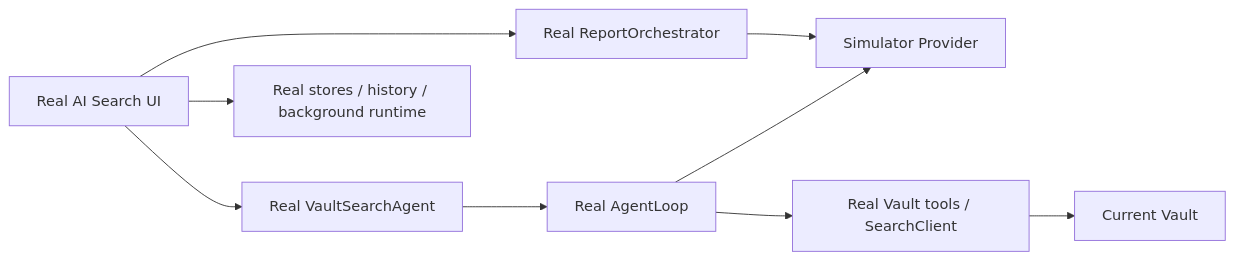
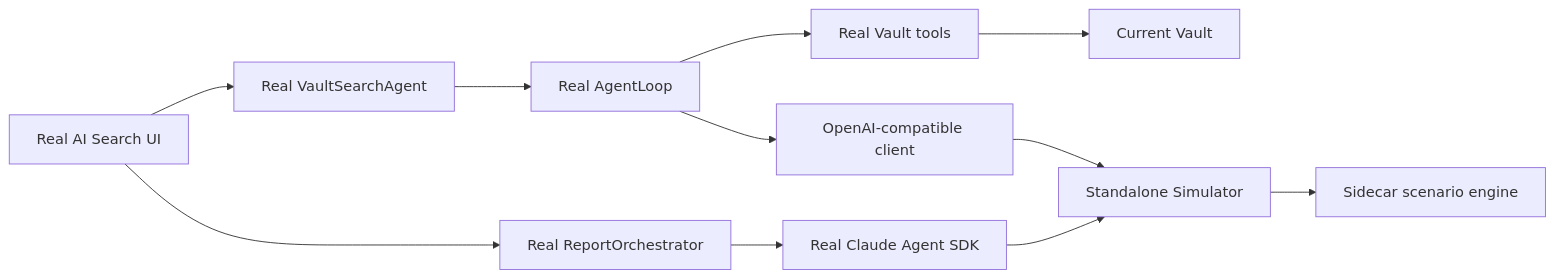
Before and after one commit to highestpeak/obsidian-peak-assistant: the diagram in docs/superpowers/specs/2026-07-29-ai-search-simulator-provider-design.md, drawn with Mermaid. The commit also changed other lines of this file and 28 other files, not shown here.

Commit message:
refactor: move AI Search simulator to sidecar

````diff
--- a/docs/superpowers/specs/2026-07-29-ai-search-simulator-provider-design.md
+++ b/docs/superpowers/specs/2026-07-29-ai-search-simulator-provider-design.md
@@ -34,11 +37,13 @@
 ```mermaid
 flowchart LR
     UI["Real AI Search UI"] --> Agent["Real VaultSearchAgent"]
     Agent --> Loop["Real AgentLoop"]
-    Loop --> Provider["Simulator Provider"]
-    Loop --> Tools["Real Vault tools / SearchClient"]
+    Loop --> OpenAI["OpenAI-compatible client"]
+    Loop --> Tools["Real Vault tools"]
     Tools --> Vault["Current Vault"]
     UI --> Report["Real ReportOrchestrator"]
-    Report --> Provider
-    UI --> State["Real stores / history / background runtime"]
+    Report --> Claude["Real Claude Agent SDK"]
+    OpenAI --> Sidecar["Standalone Simulator"]
+    Claude --> Sidecar
+    Sidecar --> Scenarios["Sidecar scenario engine"]
 ```
````
